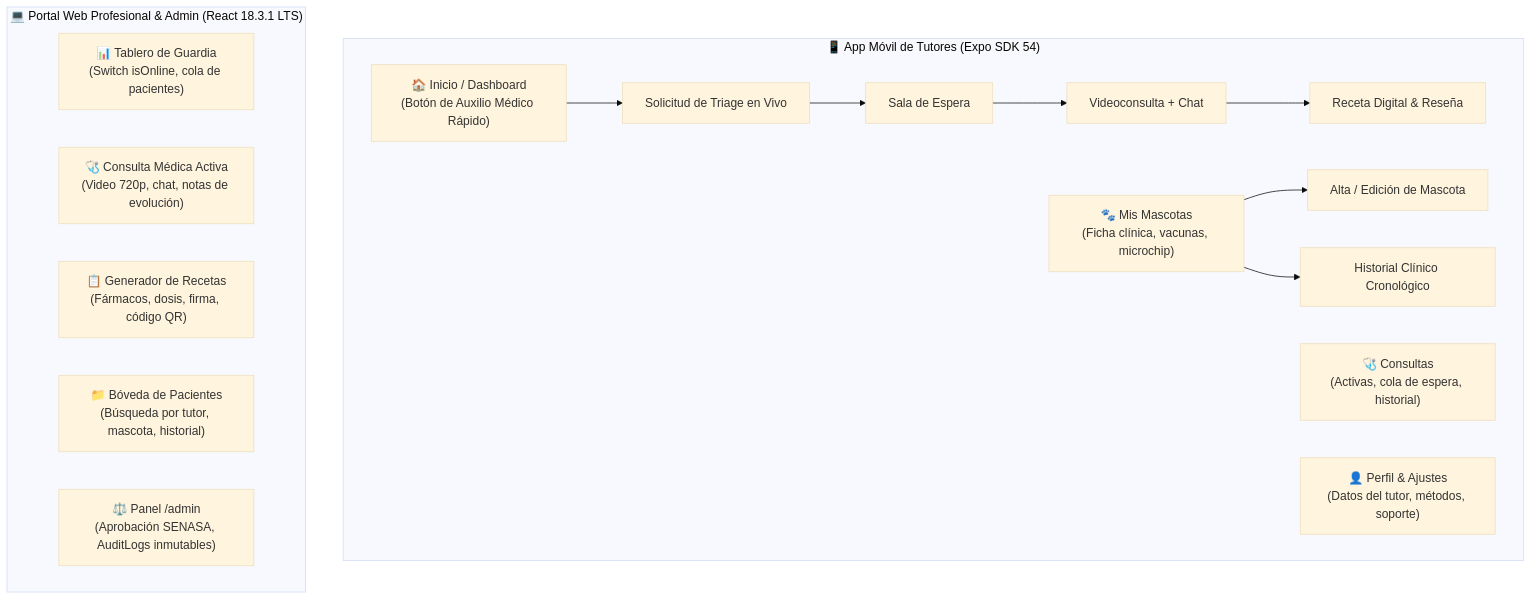
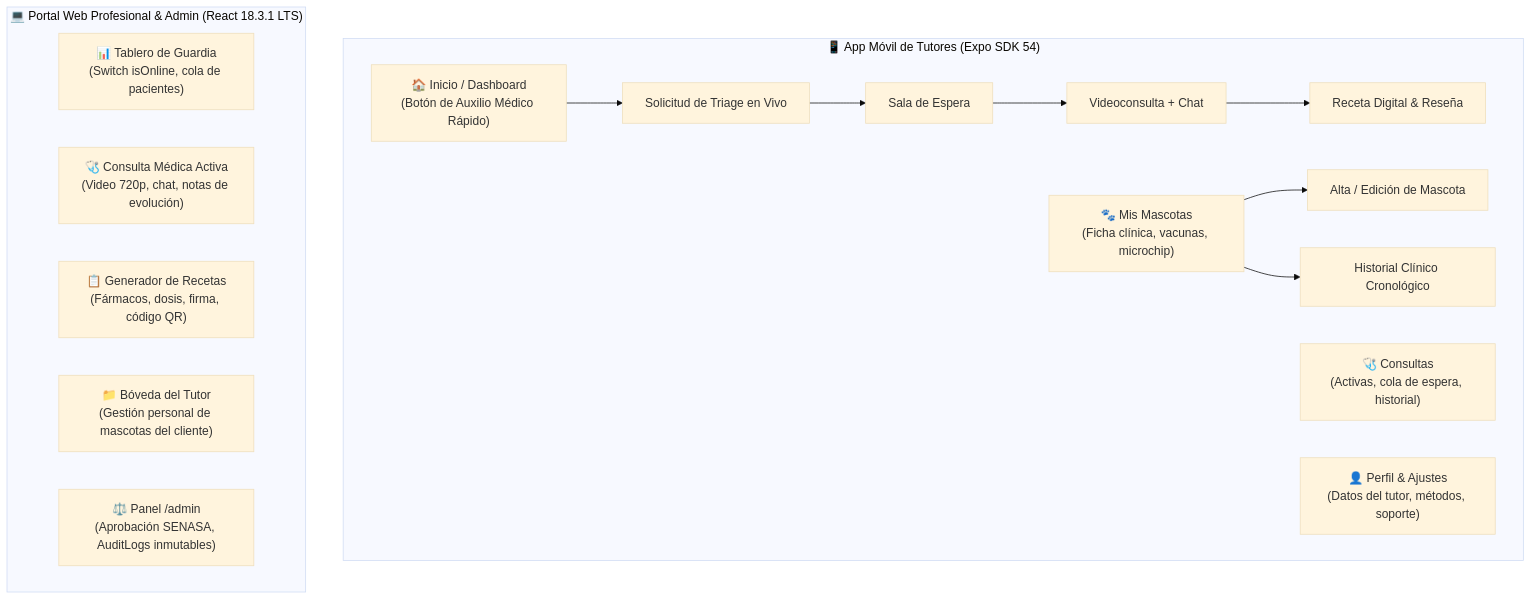
One commit to grupo-pinnacle/VetConnect changed the second of 3 diagrams in docs/SISTEMA_DE_DISENO.md. Above: the diagram before and after it, drawn with Mermaid (base theme). The commit also changed other lines of this file and 20 other files, not shown here.

````diff
--- a/docs/SISTEMA_DE_DISENO.md
+++ b/docs/SISTEMA_DE_DISENO.md
@@ -89,23 +89,23 @@
 ```mermaid
 graph TD
     subgraph Mobile["📱 App Móvil de Tutores (Expo SDK 54)"]
         M1["🏠 Inicio / Dashboard\n(Botón de Auxilio Médico Rápido)"]
         M2["🐾 Mis Mascotas\n(Ficha clínica, vacunas, microchip)"]
         M3["🩺 Consultas\n(Activas, cola de espera, historial)"]
         M4["👤 Perfil & Ajustes\n(Datos del tutor, métodos, soporte)"]
         M1 --> M1_1["Solicitud de Triage en Vivo"]
         M1_1 --> M1_2["Sala de Espera"]
         M1_2 --> M1_3["Videoconsulta + Chat"]
         M1_3 --> M1_4["Receta Digital & Reseña"]
         M2 --> M2_1["Alta / Edición de Mascota"]
         M2 --> M2_2["Historial Clínico Cronológico"]
     end
 
     subgraph Web["💻 Portal Web Profesional & Admin (React 18.3.1 LTS)"]
         W1["📊 Tablero de Guardia\n(Switch isOnline, cola de pacientes)"]
         W2["🩺 Consulta Médica Activa\n(Video 720p, chat, notas de evolución)"]
         W3["📋 Generador de Recetas\n(Fármacos, dosis, firma, código QR)"]
-        W4["📁 Bóveda de Pacientes\n(Búsqueda por tutor, mascota, historial)"]
+        W4["📁 Bóveda del Tutor\n(Gestión personal de mascotas del cliente)"]
         W5["⚖️ Panel /admin\n(Aprobación SENASA, AuditLogs inmutables)"]
     end
 ```
````
